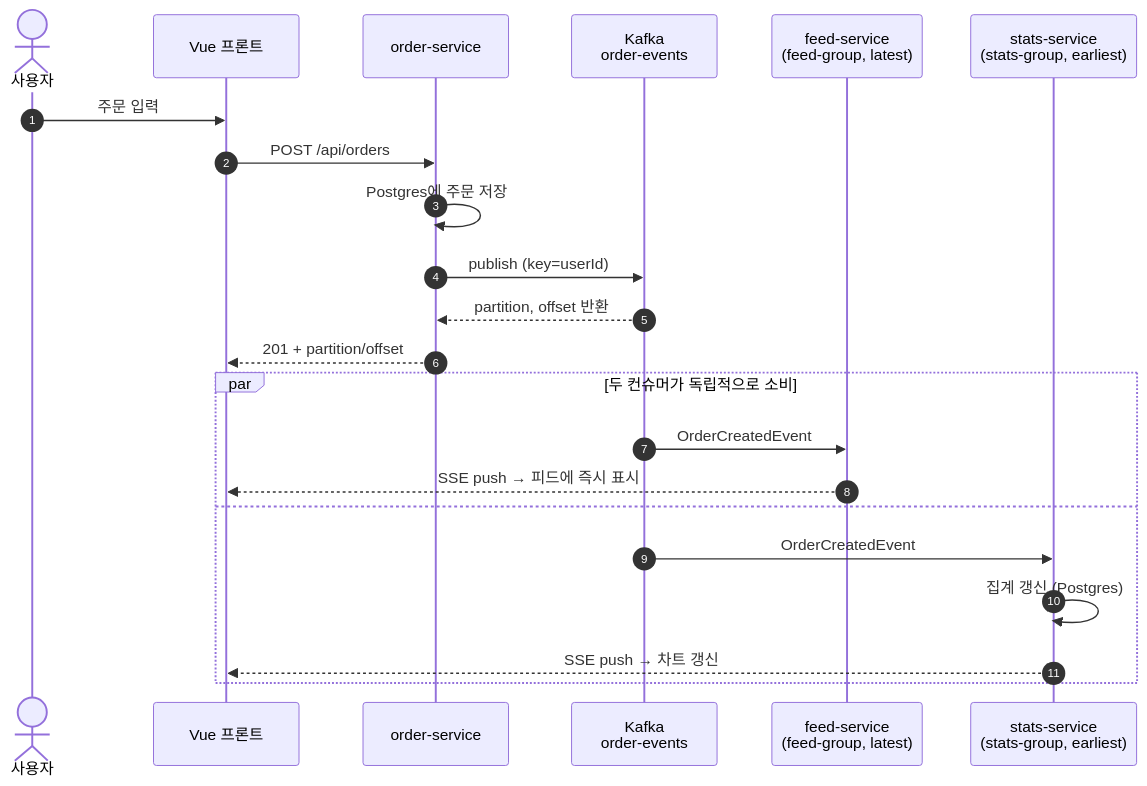
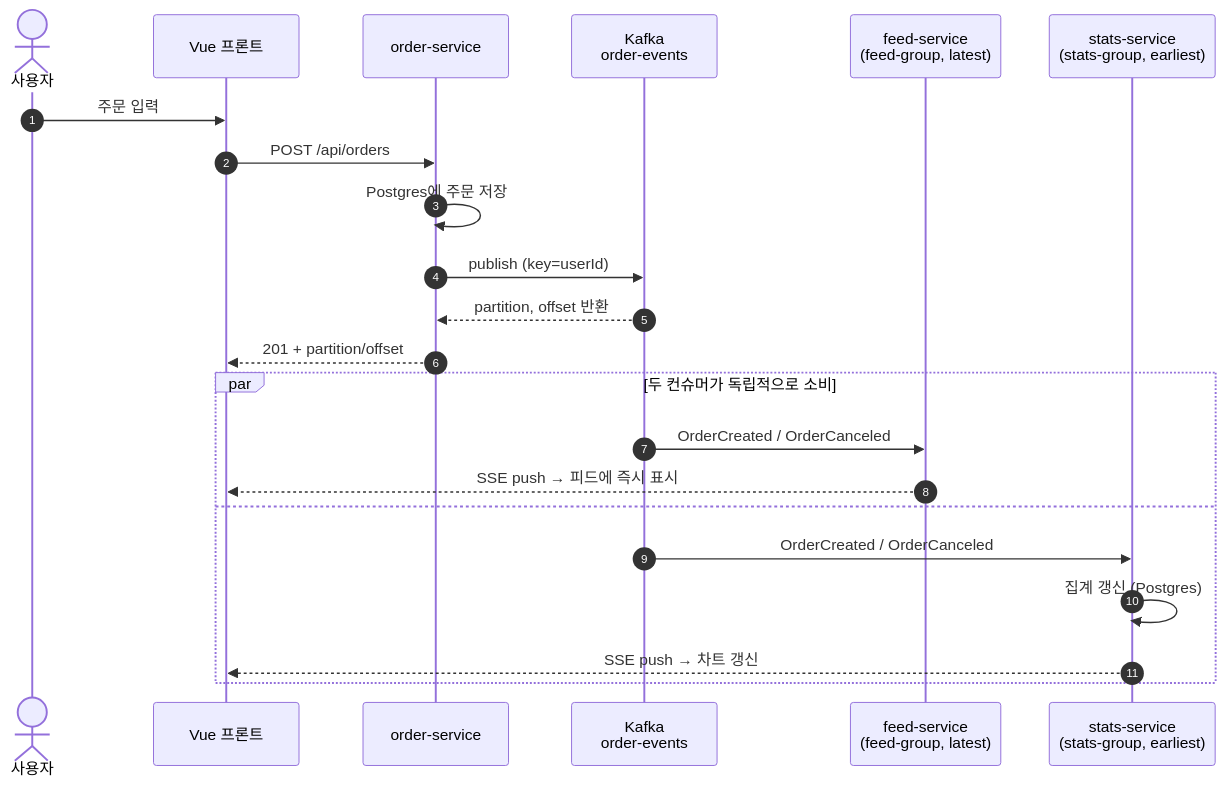
Before and after one commit to ytw9699/kafka_study: the second of 6 diagrams in docs/planning/02-architecture.md, drawn with Mermaid. The commit also changed other lines of this file and 10 other files, not shown here.

````diff
--- a/docs/planning/02-architecture.md
+++ b/docs/planning/02-architecture.md
@@ -112,26 +112,26 @@
 ```mermaid
 sequenceDiagram
     autonumber
     actor U as 사용자
     participant FE as Vue 프론트
     participant OS as order-service
     participant K as Kafka<br/>order-events
     participant FS as feed-service<br/>(feed-group, latest)
     participant SS as stats-service<br/>(stats-group, earliest)
 
     U->>FE: 주문 입력
     FE->>OS: POST /api/orders
     OS->>OS: Postgres에 주문 저장
     OS->>K: publish (key=userId)
     K-->>OS: partition, offset 반환
     OS-->>FE: 201 + partition/offset
 
     par 두 컨슈머가 독립적으로 소비
-        K->>FS: OrderCreatedEvent
+        K->>FS: OrderCreated / OrderCanceled
         FS-->>FE: SSE push → 피드에 즉시 표시
     and
-        K->>SS: OrderCreatedEvent
+        K->>SS: OrderCreated / OrderCanceled
         SS->>SS: 집계 갱신 (Postgres)
         SS-->>FE: SSE push → 차트 갱신
     end
 ```
````
